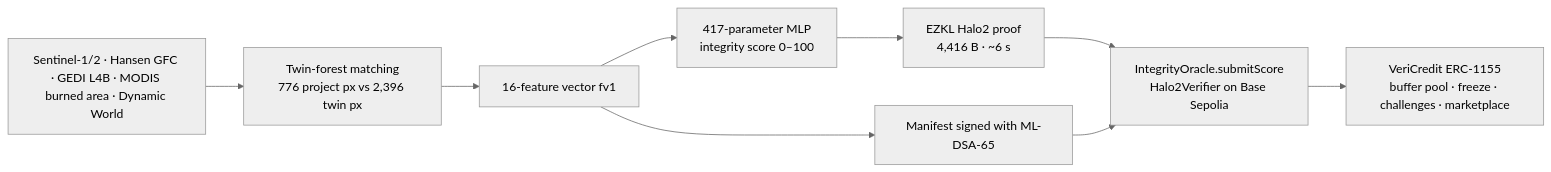
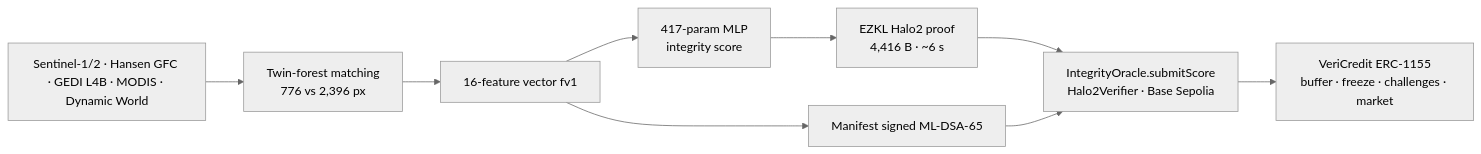
Before and after one commit to LSUDOKO/VeriCanopy: the diagram in README.md, drawn with Mermaid (neutral theme). The commit also changed other lines of this file and 1 other file, not shown here.

Commit message:
docs(readme): problem → solution → live product → MCP story with hosted whiteboard media, real Sentinel-2 cards, Basescan receipts and claude.ai captures

````diff
--- a/README.md
+++ b/README.md
@@ -47,11 +85,11 @@
 ```mermaid
 flowchart LR
-  A[Sentinel-1/2 · Hansen GFC · GEDI L4B · MODIS burned area · Dynamic World] --> B[Twin-forest matching<br/>776 project px vs 2,396 twin px]
+  A[Sentinel-1/2 · Hansen GFC · GEDI L4B · MODIS · Dynamic World] --> B[Twin-forest matching<br/>776 vs 2,396 px]
   B --> C[16-feature vector fv1]
-  C --> D[417-parameter MLP<br/>integrity score 0–100]
+  C --> D[417-param MLP<br/>integrity score]
   D --> E[EZKL Halo2 proof<br/>4,416 B · ~6 s]
-  E --> F[IntegrityOracle.submitScore<br/>Halo2Verifier on Base Sepolia]
-  C --> G[Manifest signed with ML-DSA-65]
+  E --> F[IntegrityOracle.submitScore<br/>Halo2Verifier · Base Sepolia]
+  C --> G[Manifest signed ML-DSA-65]
   G --> F
-  F --> H[VeriCredit ERC-1155<br/>buffer pool · freeze · challenges · marketplace]
+  F --> H[VeriCredit ERC-1155<br/>buffer · freeze · challenges · market]
 ```
````
